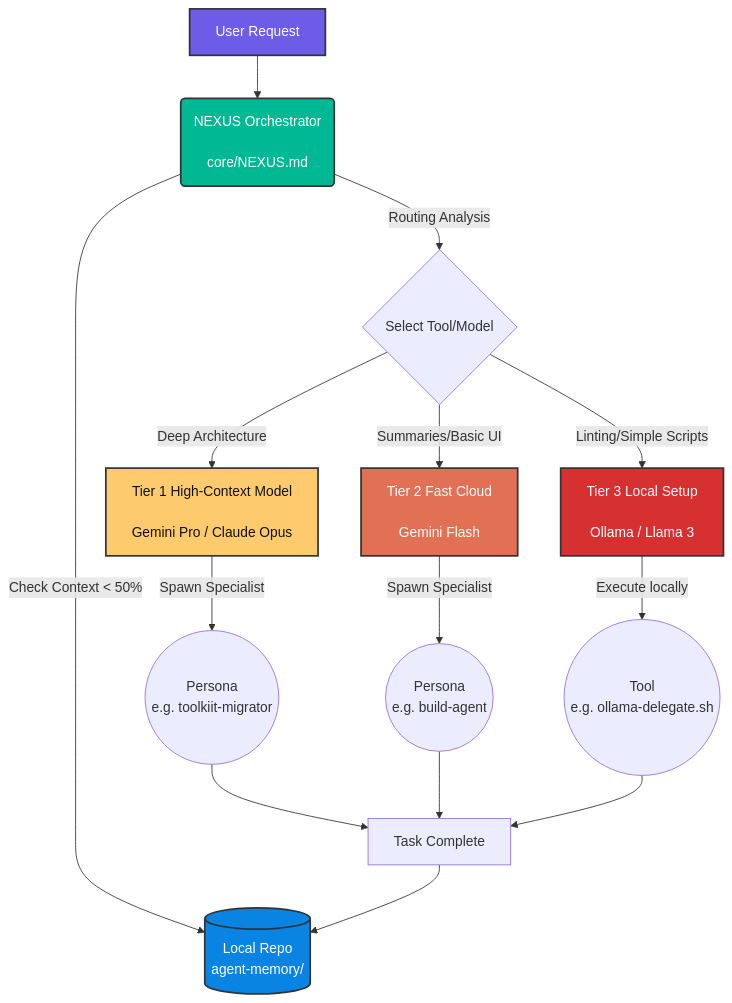
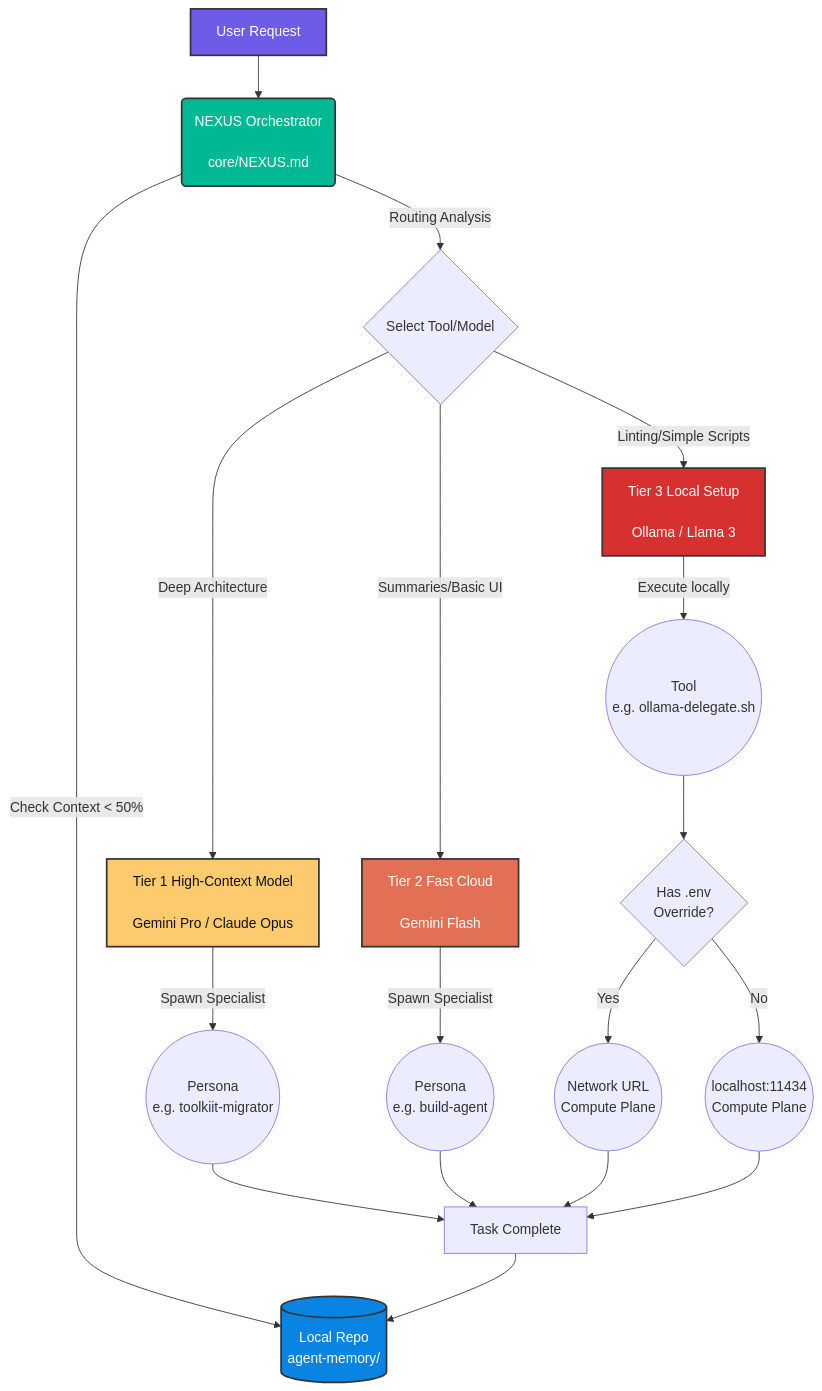
One commit to canoo/agent-nexus changed the diagram in README.md. Above: the diagram before and after it, drawn with Mermaid. The commit also changed other lines of this file and 4 other files, not shown here.

Commit message:
chore: final cleanup and architecture stabilization

````diff
--- a/README.md
+++ b/README.md
@@ -13,35 +13,41 @@
 ```mermaid
 graph TD
     %% Define styles
     classDef user fill:#6c5ce7,stroke:#333,stroke-width:2px,color:#fff;
     classDef orchestrator fill:#00b894,stroke:#333,stroke-width:2px,color:#fff;
     classDef agentT1 fill:#fdcb6e,stroke:#333,stroke-width:2px,color:#111;
     classDef agentT2 fill:#e17055,stroke:#333,stroke-width:2px,color:#fff;
     classDef agentT3 fill:#d63031,stroke:#333,stroke-width:2px,color:#fff;
     classDef memory fill:#0984e3,stroke:#333,stroke-width:2px,color:#fff;
 
     %% Nodes
     A[User Request]:::user --> B(NEXUS Orchestrator<br/><br/>core/NEXUS.md):::orchestrator
     
     B -->|Check Context < 50%| M[(Local Repo<br/>agent-memory/)]:::memory
 
     B -->|Routing Analysis| R{Select Tool/Model}
     
     %% Tier 1
     R -->|Deep Architecture| T1[Tier 1 High-Context Model<br/><br/>Gemini Pro / Claude Opus]:::agentT1
     T1 -->|Spawn Specialist| S1((Persona<br/>e.g. toolkiit-migrator))
     
     %% Tier 2
     R -->|Summaries/Basic UI| T2[Tier 2 Fast Cloud<br/><br/>Gemini Flash]:::agentT2
     T2 -->|Spawn Specialist| S2((Persona<br/>e.g. build-agent))
 
     %% Tier 3
     R -->|Linting/Simple Scripts| T3[Tier 3 Local Setup<br/><br/>Ollama / Llama 3]:::agentT3
     T3 -->|Execute locally| S3((Tool<br/>e.g. ollama-delegate.sh))
 
+    %% NEW: Conditional LLM Routing
+    S3 --> LLM_Check{Has .env <br/>Override?}
+    LLM_Check -->|Yes| NetLLM((Network URL<br/>Compute Plane))
+    LLM_Check -->|No| LocLLM((localhost:11434<br/>Compute Plane))
+    
     %% Result cycle
     S1 --> Final[Task Complete]
     S2 --> Final
-    S3 --> Final
+    NetLLM --> Final
+    LocLLM --> Final
     Final --> M
 ```
````
